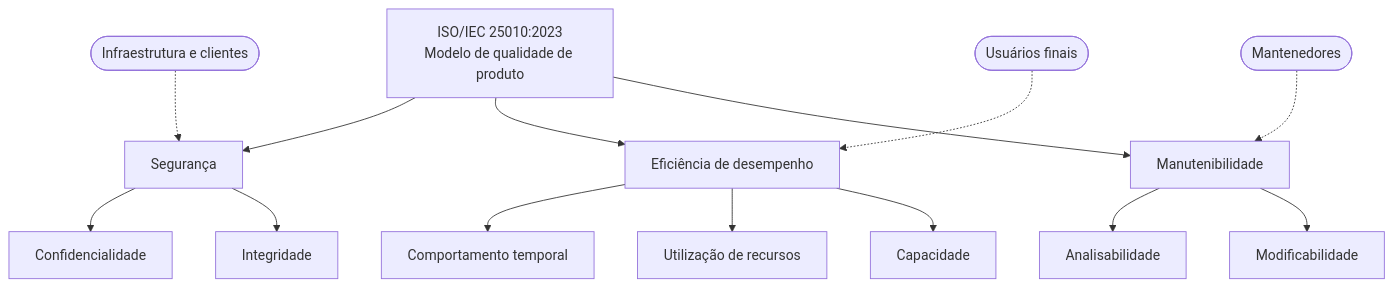
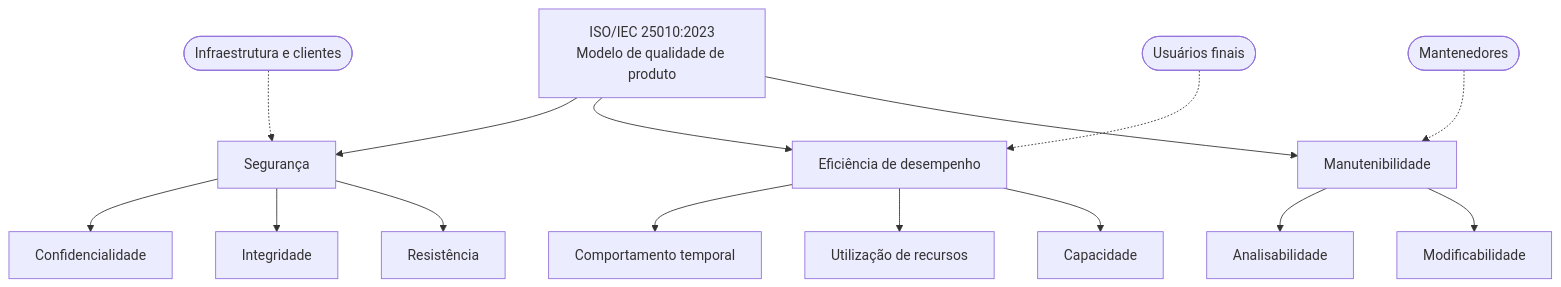
One commit to FCTE-Qualidade-de-Software-1/2026-2_T01_MARY_JACKSON changed the diagram in docs/fase-1/modelo-de-qualidade.md. Above: the diagram before and after it, drawn with Mermaid. The commit also changed other lines of this file and 4 other files, not shown here.

````diff
--- a/docs/fase-1/modelo-de-qualidade.md
+++ b/docs/fase-1/modelo-de-qualidade.md
@@ -9,17 +9,18 @@
 ```mermaid
 flowchart TB
     ISO["ISO/IEC 25010:2023<br/>Modelo de qualidade de produto"]
     ISO --> SEG["Segurança"]
     ISO --> EFI["Eficiência de desempenho"]
     ISO --> MAN["Manutenibilidade"]
     SEG --> SEG1["Confidencialidade"]
     SEG --> SEG2["Integridade"]
+    SEG --> SEG3["Resistência"]
     EFI --> EFI1["Comportamento temporal"]
     EFI --> EFI2["Utilização de recursos"]
     EFI --> EFI3["Capacidade"]
     MAN --> MAN1["Analisabilidade"]
     MAN --> MAN2["Modificabilidade"]
     TI(["Infraestrutura e clientes"]) -.-> SEG
     US(["Usuários finais"]) -.-> EFI
     DEV(["Mantenedores"]) -.-> MAN
 ```
````
